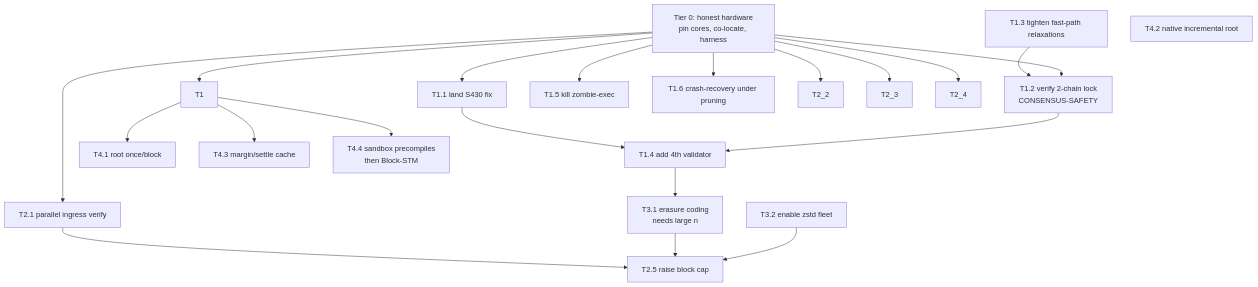
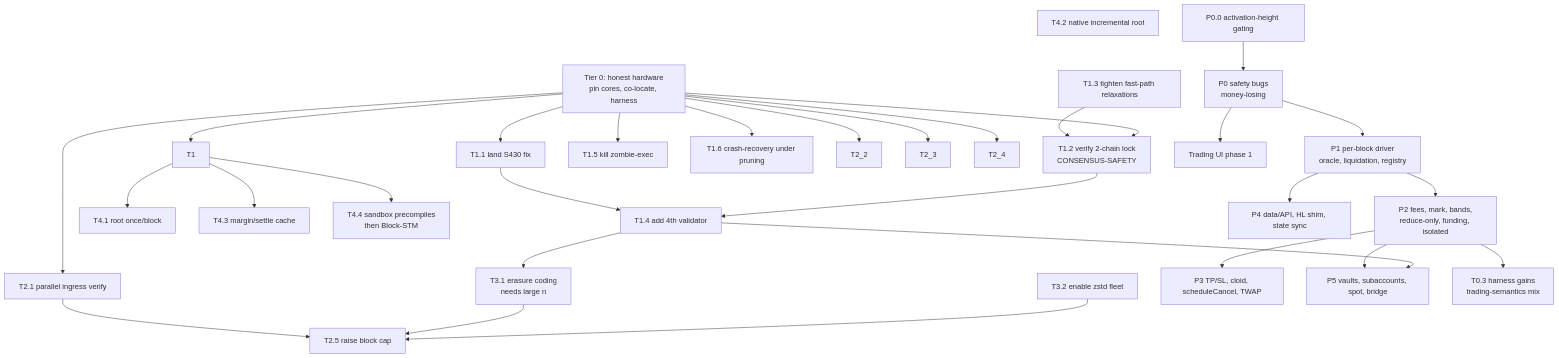
One commit to OZmasterAI/Torus-hyperBFT changed the diagram in docs/Torus-hyperBFT-roadmap.md. Above: the diagram before and after it, drawn with Mermaid. The commit also changed other lines of this file and 3 other files, not shown here.

First line of the commit message:
docs(parity): Hyperliquid product-parity sprint report + roadmap product track

````diff
--- a/docs/Torus-hyperBFT-roadmap.md
+++ b/docs/Torus-hyperBFT-roadmap.md
@@ -211,20 +293,29 @@
 ```mermaid
 graph TD
     T0[Tier 0: honest hardware<br/>pin cores, co-locate, harness] --> T1
     T1_1[T1.1 land S430 fix] --> T1_4
     T1_2[T1.2 verify 2-chain lock<br/>CONSENSUS-SAFETY] --> T1_4[T1.4 add 4th validator]
     T1_3[T1.3 tighten fast-path relaxations] --> T1_2
     T1_5[T1.5 kill zombie-exec] 
     T1_6[T1.6 crash-recovery under pruning]
     T0 --> T1_1 & T1_2 & T1_5 & T1_6
     T1_4 --> T3_1[T3.1 erasure coding<br/>needs large n]
     T2_1[T2.1 parallel ingress verify] --> T2_5
     T3_1 --> T2_5[T2.5 raise block cap]
     T3_2[T3.2 enable zstd fleet] --> T2_5
     T0 --> T2_1 & T2_2 & T2_3 & T2_4
     T4_1[T4.1 root once/block]
     T4_2[T4.2 native incremental root]
     T4_3[T4.3 margin/settle cache]
     T4_4[T4.4 sandbox precompiles<br/>then Block-STM]
     T1 --> T4_1 & T4_3 & T4_4
+    P00[P0.0 activation-height gating] --> P0[P0 safety bugs<br/>money-losing]
+    P0 --> P1[P1 per-block driver<br/>oracle, liquidation, registry]
+    P1 --> P2[P2 fees, mark, bands,<br/>reduce-only, funding, isolated]
+    P2 --> P3[P3 TP/SL, cloid, scheduleCancel, TWAP]
+    P1 --> P4[P4 data/API, HL shim, state sync]
+    P2 --> P5[P5 vaults, subaccounts, spot, bridge]
+    T1_4 --> P5
+    P0 --> UI[Trading UI phase 1]
+    P2 --> T0_3x[T0.3 harness gains<br/>trading-semantics mix]
 ```
````
